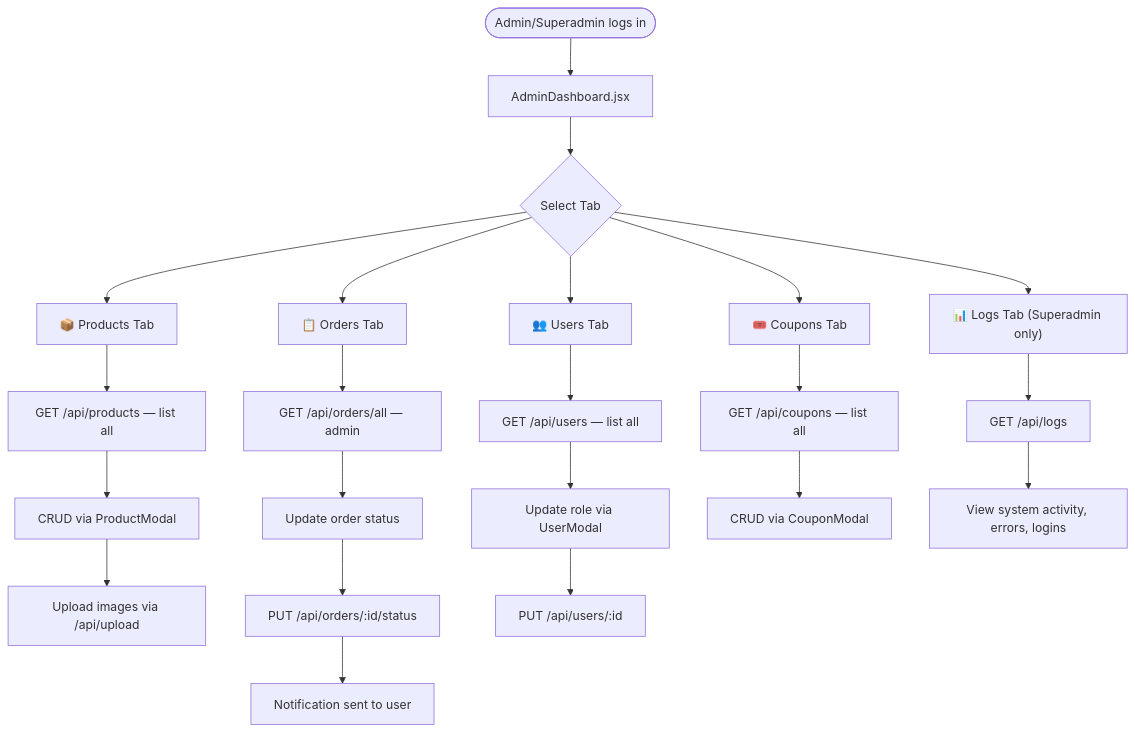
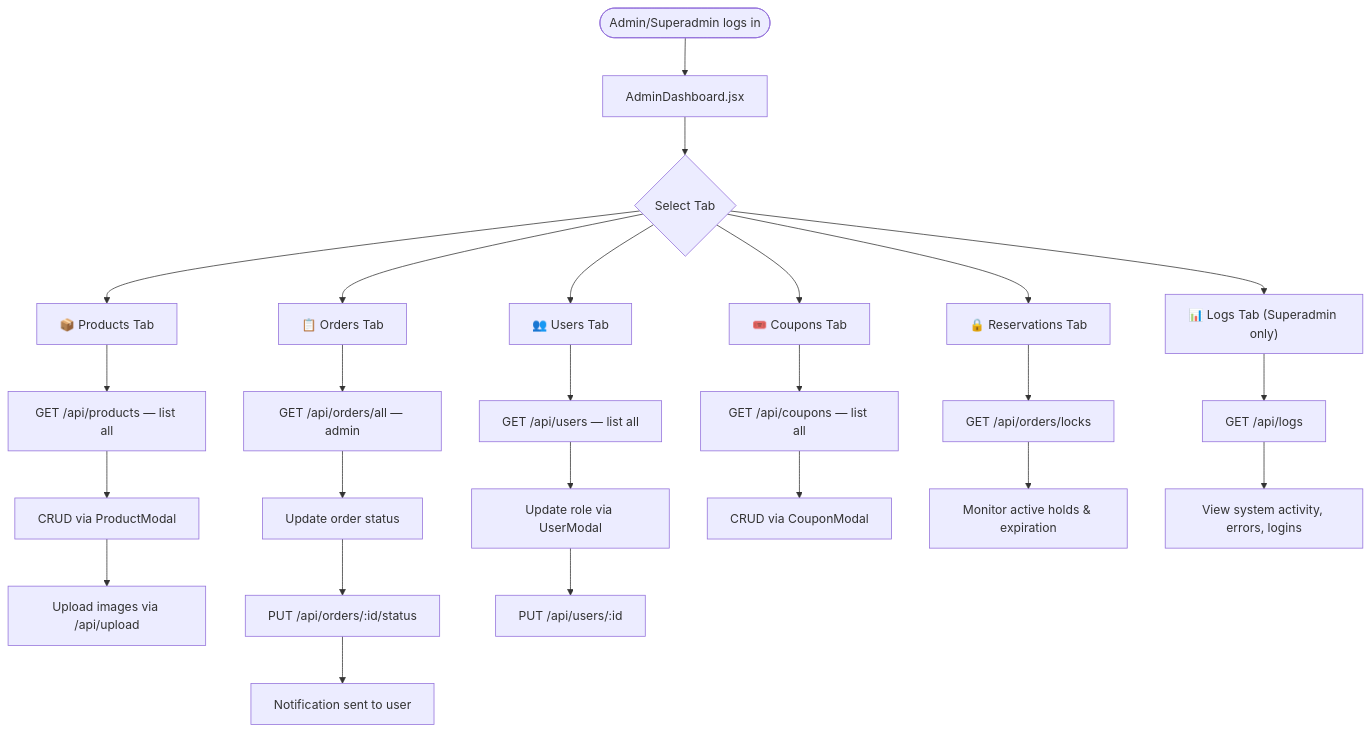
Before and after one commit to Narendrakaduru/QuickCart: the seventh of 12 diagrams in architecture_diagrams.md, drawn with Mermaid. The commit also changed other lines of this file and 10 other files, not shown here.

````diff
--- a/architecture_diagrams.md
+++ b/architecture_diagrams.md
@@ -422,29 +440,33 @@
 ```mermaid
 flowchart TD
     A([Admin/Superadmin logs in]) --> B["AdminDashboard.jsx"]
     B --> C{Select Tab}
 
     C --> D["📦 Products Tab"]
     D --> D1["GET /api/products — list all"]
     D1 --> D2["CRUD via ProductModal"]
     D2 --> D3["Upload images via /api/upload"]
 
     C --> E["📋 Orders Tab"]
     E --> E1["GET /api/orders/all — admin"]
     E1 --> E2["Update order status"]
     E2 --> E3["PUT /api/orders/:id/status"]
     E3 --> E4["Notification sent to user"]
 
     C --> F["👥 Users Tab"]
     F --> F1["GET /api/users — list all"]
     F1 --> F2["Update role via UserModal"]
     F2 --> F3["PUT /api/users/:id"]
 
     C --> G["🎟️ Coupons Tab"]
     G --> G1["GET /api/coupons — list all"]
     G1 --> G2["CRUD via CouponModal"]
 
+    C --> I["🔒 Reservations Tab"]
+    I --> I1["GET /api/orders/locks"]
+    I1 --> I2["Monitor active holds & expiration"]
+
     C --> H["📊 Logs Tab (Superadmin only)"]
     H --> H1["GET /api/logs"]
     H1 --> H2["View system activity, errors, logins"]
 ```
````
